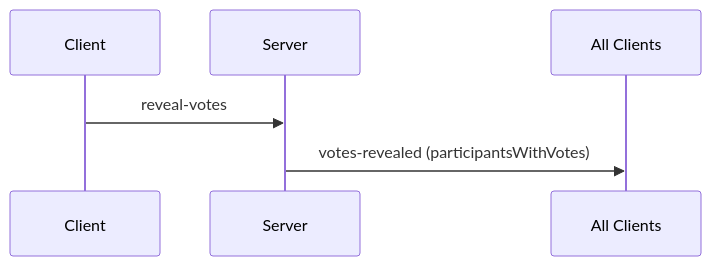
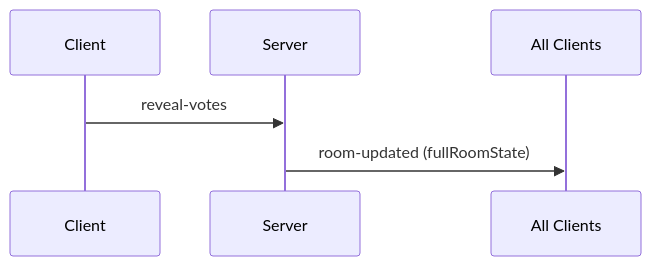
The fifth of 5 diagrams in memory-bank/systemPatterns.md (conrisc/scrum-poker), drawn with Mermaid before and after one commit. The commit also changed other lines of this file and 6 other files, not shown here.

````diff
--- a/memory-bank/systemPatterns.md
+++ b/memory-bank/systemPatterns.md
@@ -52,5 +52,5 @@
 ```mermaid
 sequenceDiagram
     Client->>Server: reveal-votes
-    Server->>All Clients: votes-revealed (participantsWithVotes)
+    Server->>All Clients: room-updated (fullRoomState)
 ```
````
